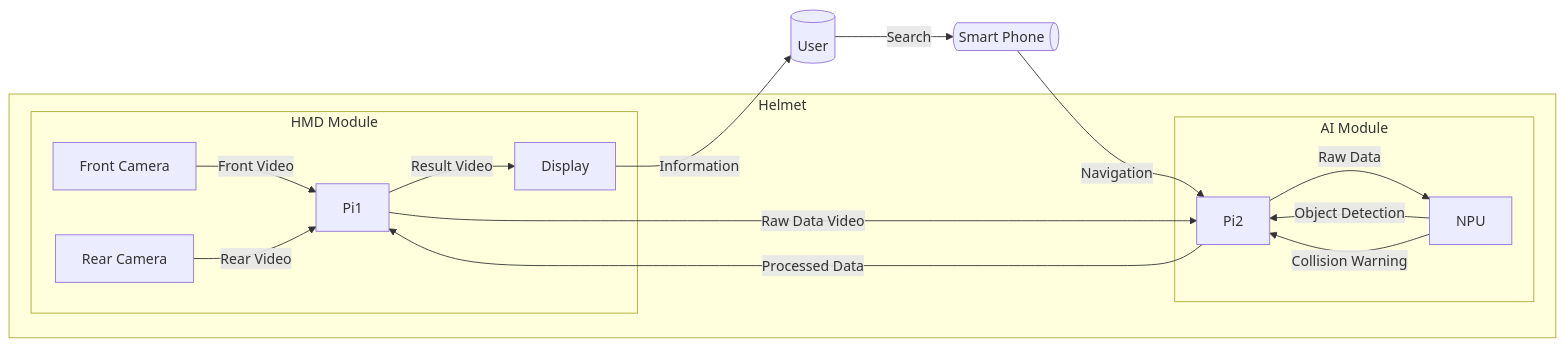
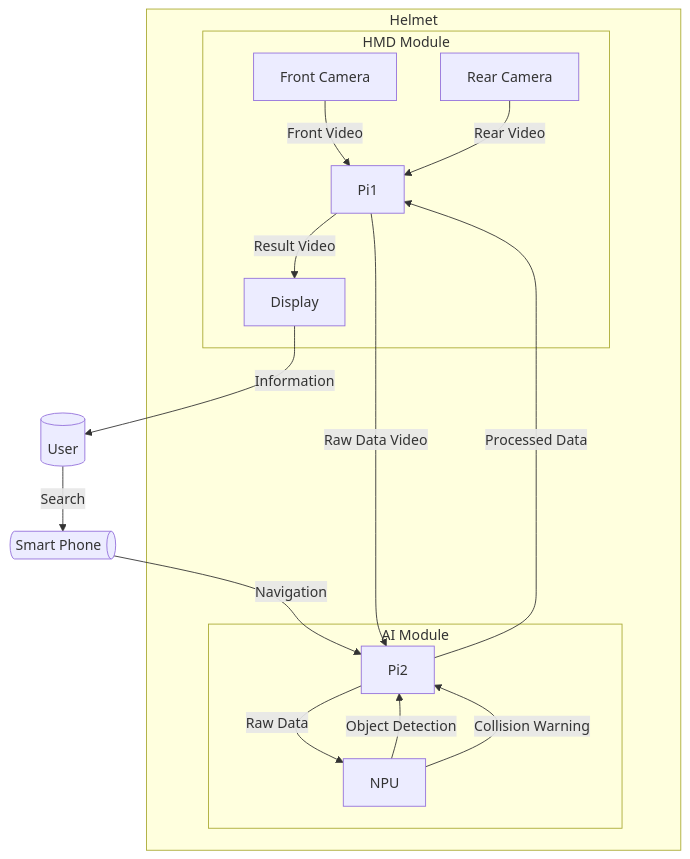
One commit to taegyu1500/AIpex changed the diagram in README.md. Above: the diagram before and after it, drawn with Mermaid. The commit also changed other lines of this file and 1 other file, not shown here.

````diff
--- a/README.md
+++ b/README.md
@@ -33,28 +28,28 @@
 ```mermaid
-flowchart LR
+flowchart TB
   %% Outer system
   subgraph System["Helmet"]
     %% Left module (Pi1 side / HMD)
     subgraph HMD_Module["HMD Module"]
       FrontCam[Front Camera]
       RearCam[Rear Camera]
       FrontCam -->|Front Video| Pi1
       RearCam -->|Rear Video| Pi1
       Pi1 -->|Result Video| Display
     end
 
     %% Right module (Pi2 / AI)
     subgraph AI_Module["AI Module"]
       Pi2 -->|Raw Data| NPU
       NPU -->|Object Detection| Pi2
       NPU -->|Collision Warning| Pi2
       Pi1 -->|Raw Data Video| Pi2
       Pi2 -->|Processed Data| Pi1
     end
   end
   Display --> |Information| User
   User --> |Search| SmartPhone
   SmartPhone[Smart Phone] -->|Navigation| Pi2
   User@{ shape: cyl}
   SmartPhone@{ shape: h-cyl}
 ```
````
